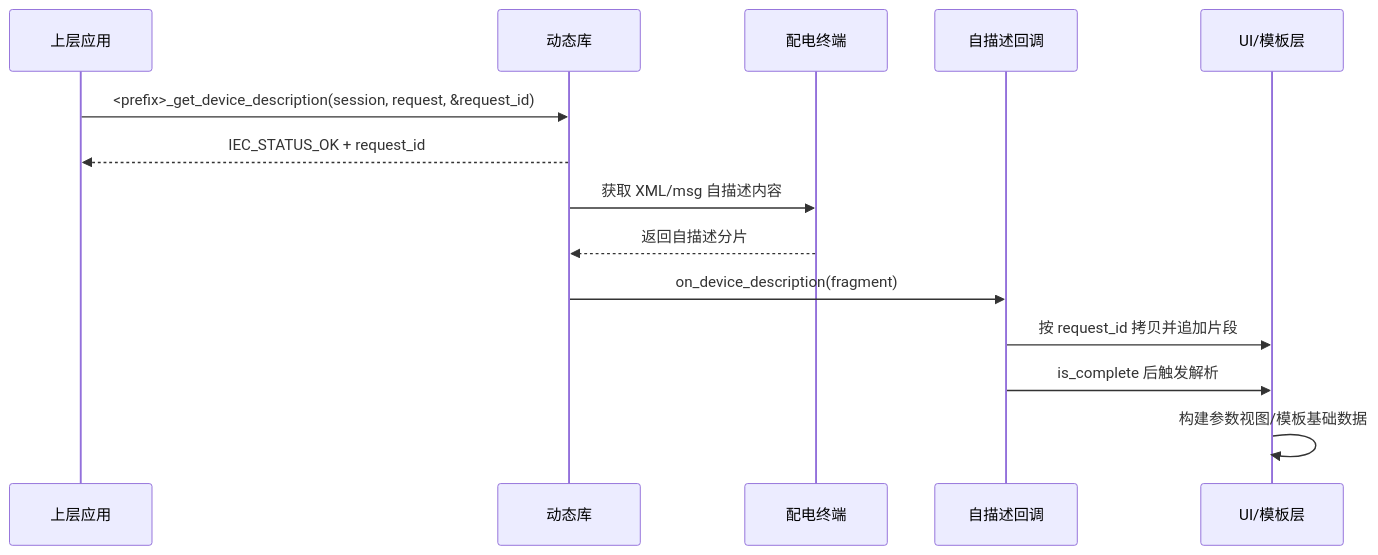
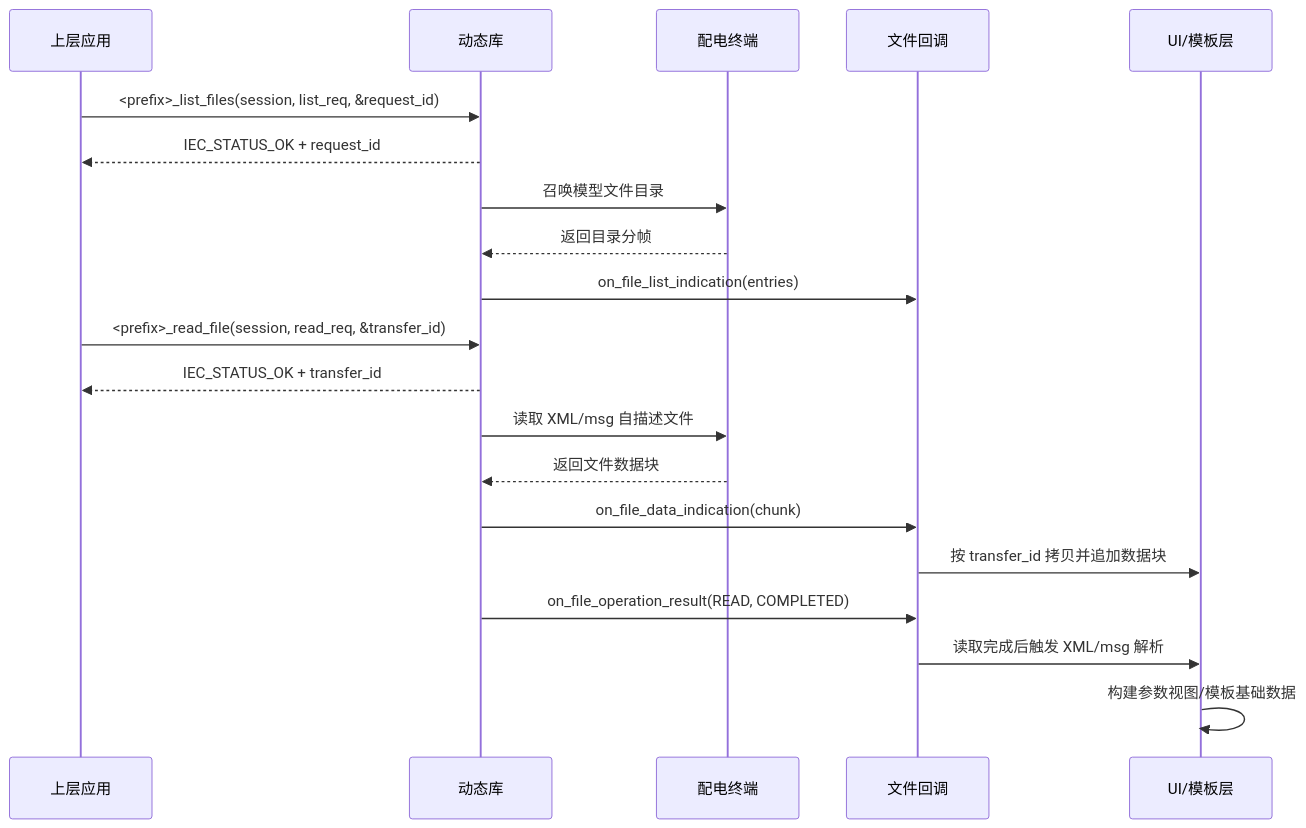
Before and after one commit to CcooLcyy/gw-protocol-sdk: the ninth of 19 diagrams in doc/api/gw_protocol_sdk_api_design.md, drawn with Mermaid. The commit also changed other lines of this file and 5 other files, not shown here.

````diff
--- a/doc/api/gw_protocol_sdk_api_design.md
+++ b/doc/api/gw_protocol_sdk_api_design.md
@@ -2276,17 +2169,23 @@
 ```mermaid
 sequenceDiagram
     participant 应用 as 上层应用
     participant 库 as 动态库
     participant 终端 as 配电终端
-    participant 回调 as 自描述回调
+    participant 回调 as 文件回调
     participant 业务 as UI/模板层
 
-    应用->>库: <prefix>_get_device_description(session, request, &request_id)
+    应用->>库: <prefix>_list_files(session, list_req, &request_id)
     库-->>应用: IEC_STATUS_OK + request_id
-    库->>终端: 获取 XML/msg 自描述内容
-    终端-->>库: 返回自描述分片
-    库->>回调: on_device_description(fragment)
-    回调->>业务: 按 request_id 拷贝并追加片段
-    回调->>业务: is_complete 后触发解析
+    库->>终端: 召唤模型文件目录
+    终端-->>库: 返回目录分帧
+    库->>回调: on_file_list_indication(entries)
+    应用->>库: <prefix>_read_file(session, read_req, &transfer_id)
+    库-->>应用: IEC_STATUS_OK + transfer_id
+    库->>终端: 读取 XML/msg 自描述文件
+    终端-->>库: 返回文件数据块
+    库->>回调: on_file_data_indication(chunk)
+    回调->>业务: 按 transfer_id 拷贝并追加数据块
+    库->>回调: on_file_operation_result(READ, COMPLETED)
+    回调->>业务: 读取完成后触发 XML/msg 解析
     业务->>业务: 构建参数视图/模板基础数据
 ```
````
